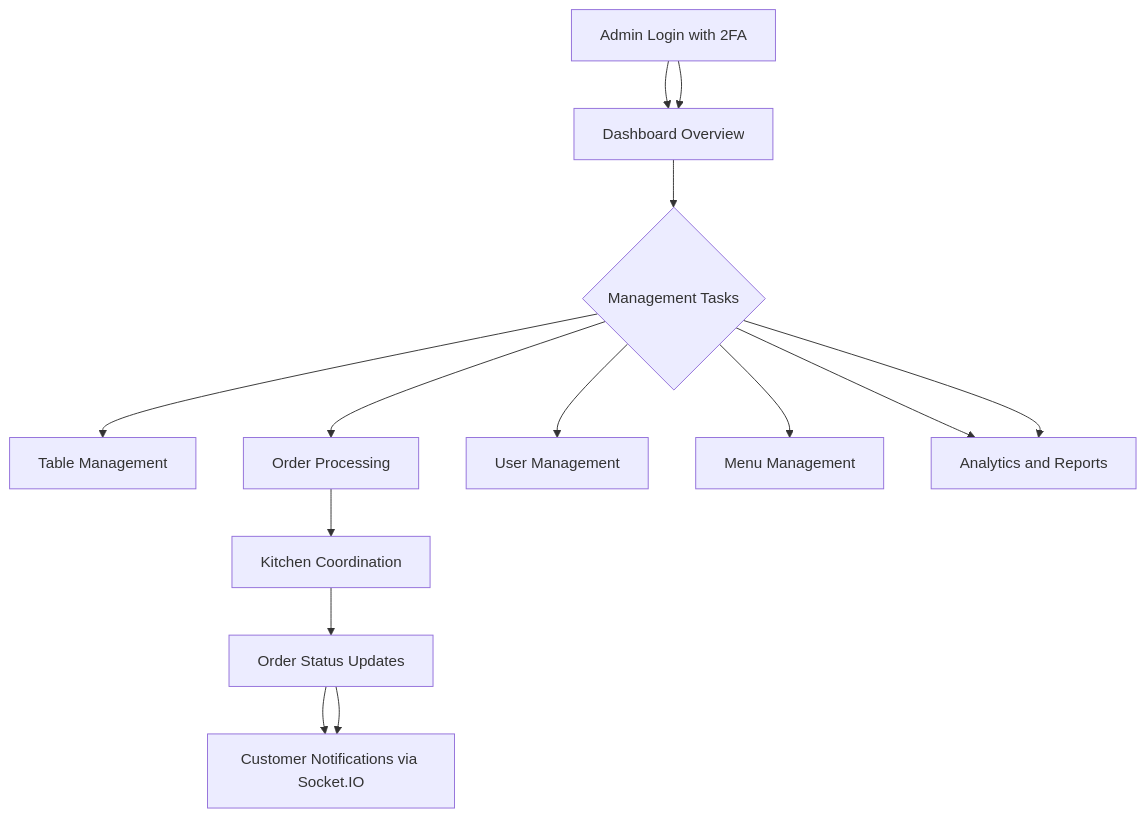
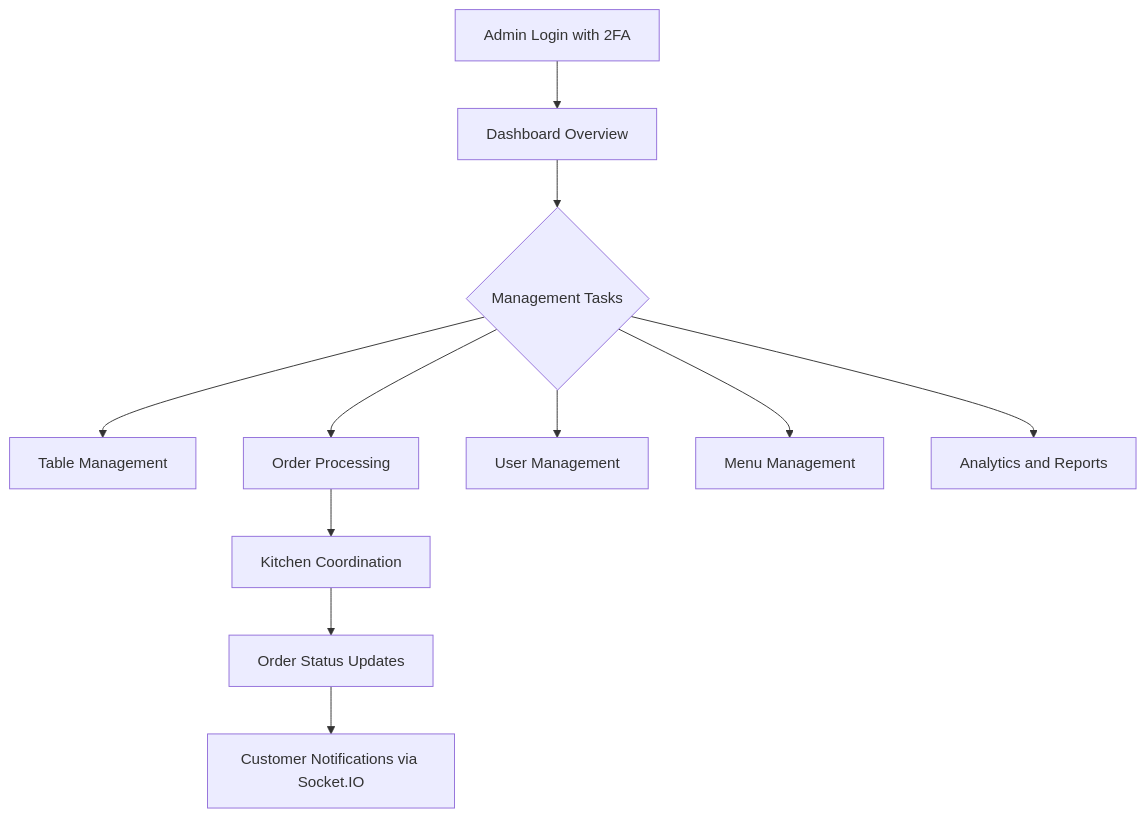
One commit to Atharvkote/ai-based-contactless-ordering changed the second of 4 diagrams in README.md. Above: the diagram before and after it, drawn with Mermaid. The commit also changed other lines of this file and 1 other file, not shown here.

````diff
--- a/README.md
+++ b/README.md
@@ -87,16 +56,13 @@
 ```mermaid
 graph TD
-    A[Admin Login with 2FA] --> B[Dashboard Overview]
     A[Admin Login with 2FA] --> B[Dashboard Overview]
     B --> C{Management Tasks}
     C --> D[Table Management]
     C --> E[Order Processing]
     C --> F[User Management]
     C --> G[Menu Management]
     C --> H[Analytics and Reports]
-    C --> H[Analytics and Reports]
     E --> I[Kitchen Coordination]
     I --> J[Order Status Updates]
     J --> K[Customer Notifications via Socket.IO]
-    J --> K[Customer Notifications via Socket.IO]
 ```
````
